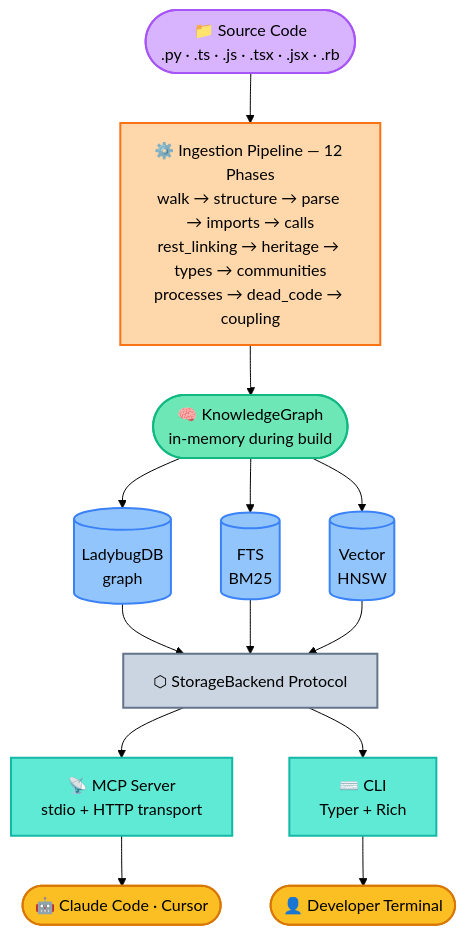
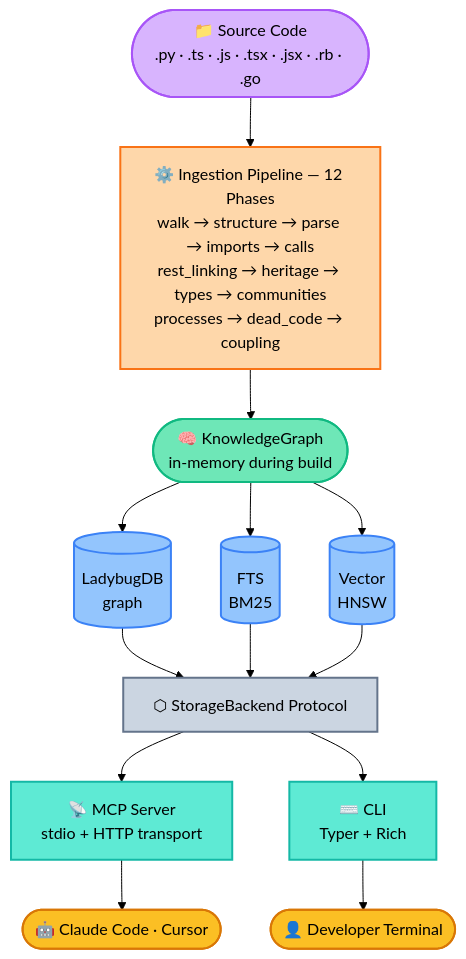
Before and after one commit to scanadi/synaptiq: the second of 2 diagrams in README.md, drawn with Mermaid (forest theme). The commit also changed other lines of this file and 1 other file, not shown here.

````diff
--- a/README.md
+++ b/README.md
@@ -573,48 +576,48 @@
 ```mermaid
 flowchart TB
-    SRC(["📁 Source Code<br/>.py · .ts · .js · .tsx · .jsx · .rb"])
+    SRC(["📁 Source Code<br/>.py · .ts · .js · .tsx · .jsx · .rb · .go"])
 
     PIPELINE["⚙️ Ingestion Pipeline — 12 Phases<br/>walk → structure → parse → imports → calls<br/>rest_linking → heritage → types → communities<br/>processes → dead_code → coupling"]
 
     KG(["🧠 KnowledgeGraph<br/>in-memory during build"])
 
     KUZU[(LadybugDB<br/>graph)]
     FTS[(FTS<br/>BM25)]
     VEC[(Vector<br/>HNSW)]
 
     PROTO["⬡ StorageBackend Protocol"]
 
     MCP_OUT["📡 MCP Server<br/>stdio + HTTP transport"]
     CLI_OUT["⌨️ CLI<br/>Typer + Rich"]
 
     CLAUDE(["🤖 Claude Code · Cursor"])
     DEV(["👤 Developer Terminal"])
 
     SRC --> PIPELINE --> KG
     KG --> KUZU
     KG --> FTS
     KG --> VEC
     KUZU --> PROTO
     FTS --> PROTO
     VEC --> PROTO
     PROTO --> MCP_OUT
     PROTO --> CLI_OUT
     MCP_OUT --> CLAUDE
     CLI_OUT --> DEV
 
     classDef source fill:#d8b4fe,stroke:#a855f7,color:#000,stroke-width:2px
     classDef pipeline fill:#fed7aa,stroke:#f97316,color:#000,stroke-width:2px
     classDef kg fill:#6ee7b7,stroke:#10b981,color:#000,stroke-width:2px
     classDef store fill:#93c5fd,stroke:#3b82f6,color:#000,stroke-width:2px
     classDef proto fill:#cbd5e1,stroke:#64748b,color:#000,stroke-width:2px
     classDef iface fill:#5eead4,stroke:#14b8a6,color:#000,stroke-width:2px
     classDef user fill:#fbbf24,stroke:#d97706,color:#000,stroke-width:2px
 
     class SRC source
     class PIPELINE pipeline
     class KG kg
     class KUZU,FTS,VEC store
     class PROTO proto
     class MCP_OUT,CLI_OUT iface
     class CLAUDE,DEV user
 ```
````
